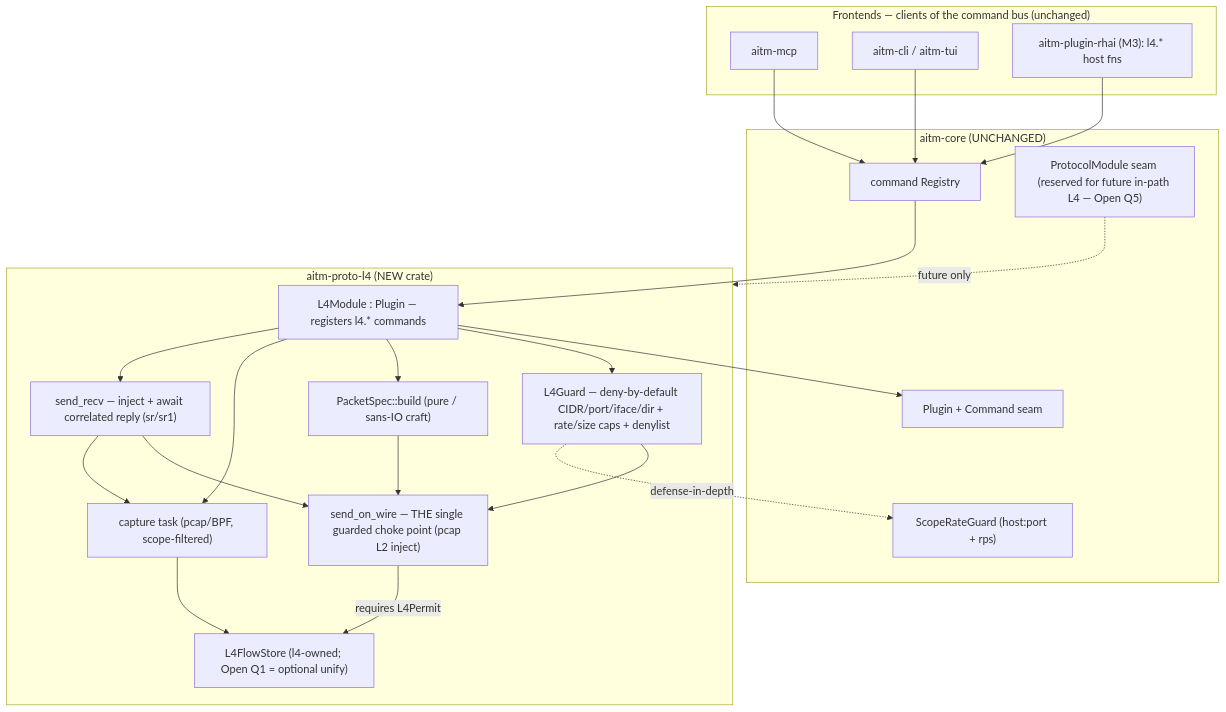
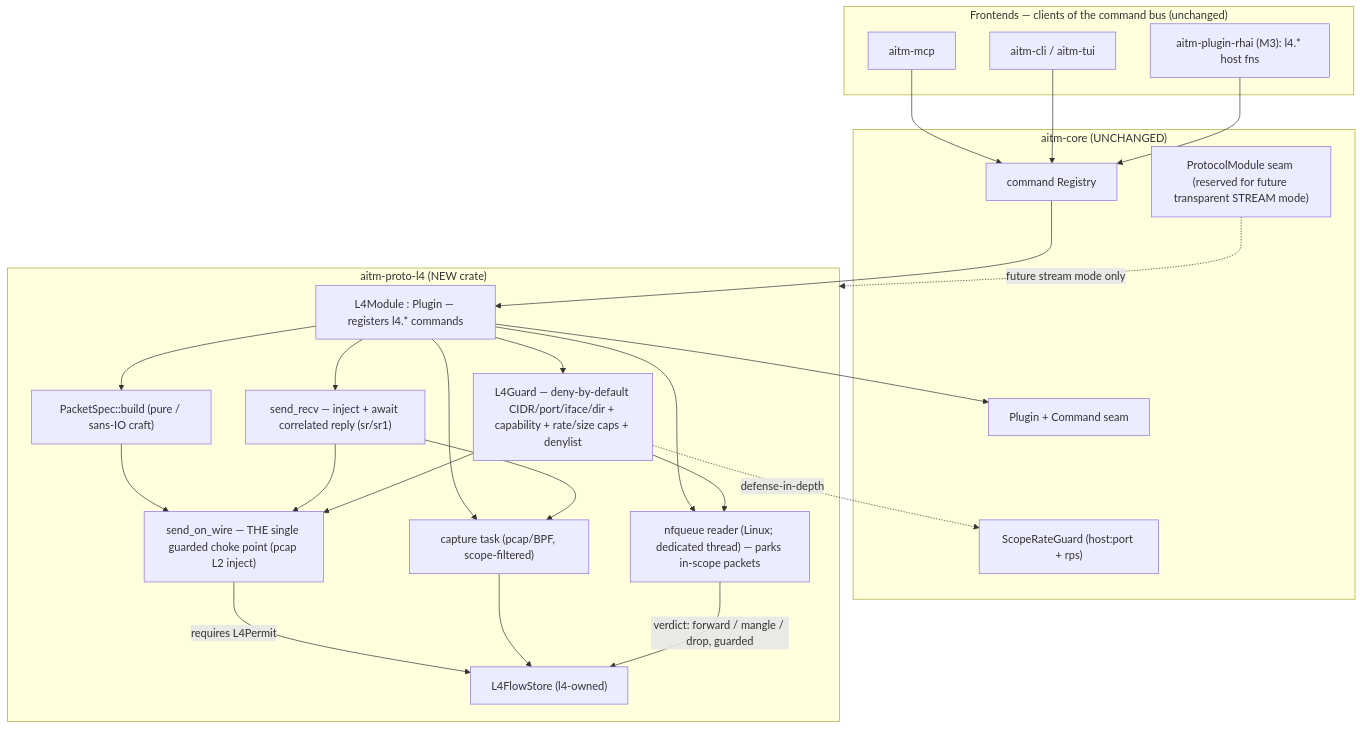
The first of 3 diagrams in docs/superpowers/specs/2026-10-27-aitmproxy-m5-l4-packet-mitm-design.md (mrbrutti/aitmproxy), drawn with Mermaid before and after one commit. The commit also changed other lines of this file and 2 other files, not shown here.

First line of the commit message:
docs(design): M5 in-path packet interception (NFQUEUE, Linux-first) + research note 09

````diff
--- a/docs/superpowers/specs/2026-10-27-aitmproxy-m5-l4-packet-mitm-design.md
+++ b/docs/superpowers/specs/2026-10-27-aitmproxy-m5-l4-packet-mitm-design.md
@@ -182,41 +195,45 @@
 ```mermaid
 graph TD
   subgraph Frontends["Frontends — clients of the command bus (unchanged)"]
     MCP["aitm-mcp"]
     CLI["aitm-cli / aitm-tui"]
     RHAI["aitm-plugin-rhai (M3): l4.* host fns"]
   end
   subgraph Core["aitm-core (UNCHANGED)"]
     REG["command Registry"]
     PLUGSEAM["Plugin + Command seam"]
-    PROTOSEAM["ProtocolModule seam (reserved for future in-path L4 — Open Q5)"]
+    PROTOSEAM["ProtocolModule seam (reserved for future transparent STREAM mode)"]
     CGUARD["ScopeRateGuard (host:port + rps)"]
   end
   subgraph L4["aitm-proto-l4 (NEW crate)"]
     MOD["L4Module : Plugin — registers l4.* commands"]
-    LGUARD["L4Guard — deny-by-default CIDR/port/iface/dir + rate/size caps + denylist"]
+    LGUARD["L4Guard — deny-by-default CIDR/port/iface/dir + capability + rate/size caps + denylist"]
     CRAFT["PacketSpec::build (pure / sans-IO craft)"]
     WIRE["send_on_wire — THE single guarded choke point (pcap L2 inject)"]
     SR["send_recv — inject + await correlated reply (sr/sr1)"]
     CAP["capture task (pcap/BPF, scope-filtered)"]
-    LSTORE["L4FlowStore (l4-owned; Open Q1 = optional unify)"]
+    NFQ["nfqueue reader (Linux; dedicated thread) — parks in-scope packets"]
+    LSTORE["L4FlowStore (l4-owned)"]
   end
 
   MCP --> REG
   CLI --> REG
   RHAI --> REG
   REG --> MOD
   MOD --> PLUGSEAM
   MOD --> LGUARD
   MOD --> CRAFT
   MOD --> CAP
   MOD --> SR
+  MOD --> NFQ
   CRAFT --> WIRE
   SR --> WIRE
   SR --> CAP
   LGUARD --> WIRE
+  LGUARD --> NFQ
   WIRE -->|requires L4Permit| LSTORE
   CAP --> LSTORE
+  NFQ -->|verdict: forward / mangle / drop, guarded| LSTORE
   LGUARD -. defense-in-depth .-> CGUARD
-  PROTOSEAM -. future only .-> L4
+  PROTOSEAM -. future stream mode only .-> L4
 ```
````
